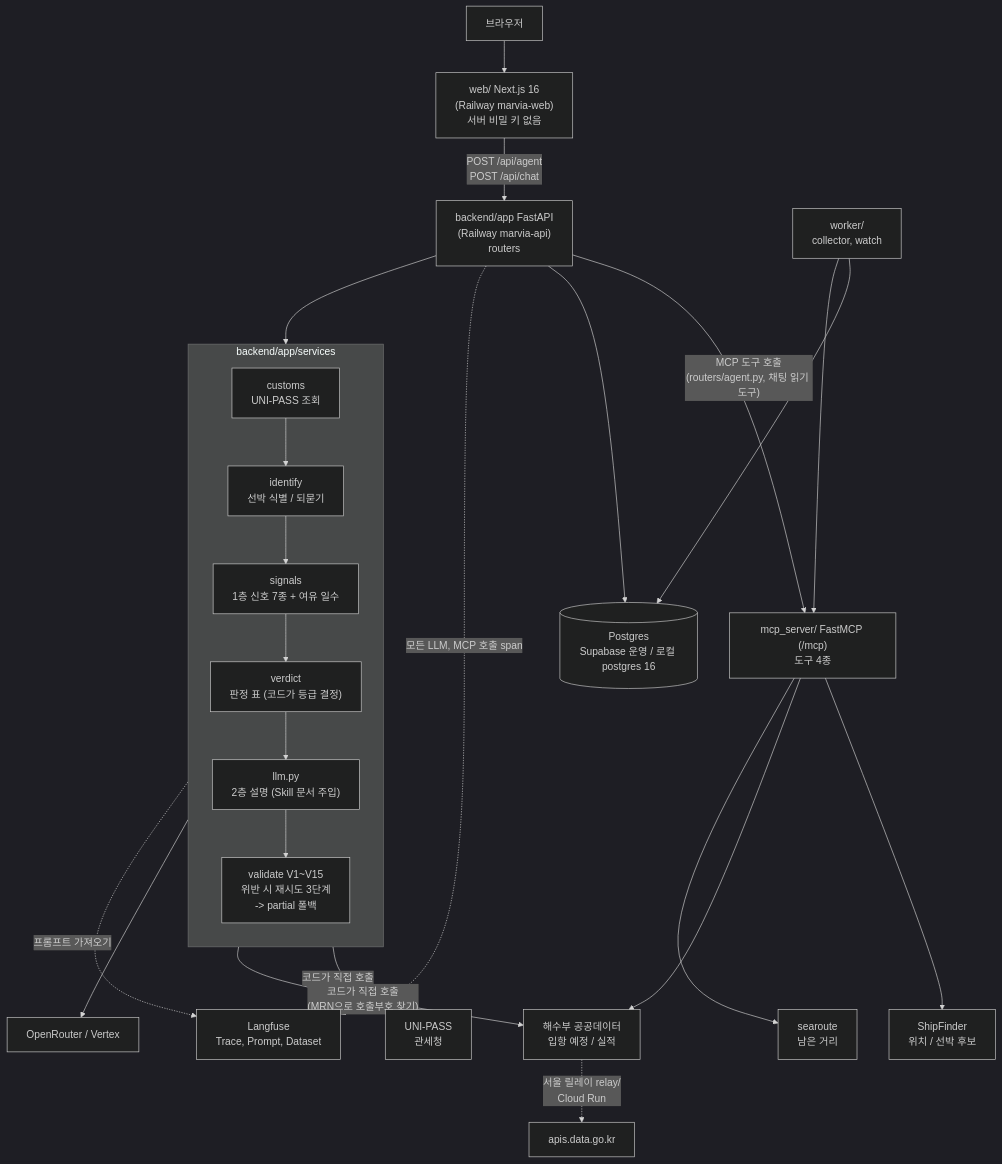
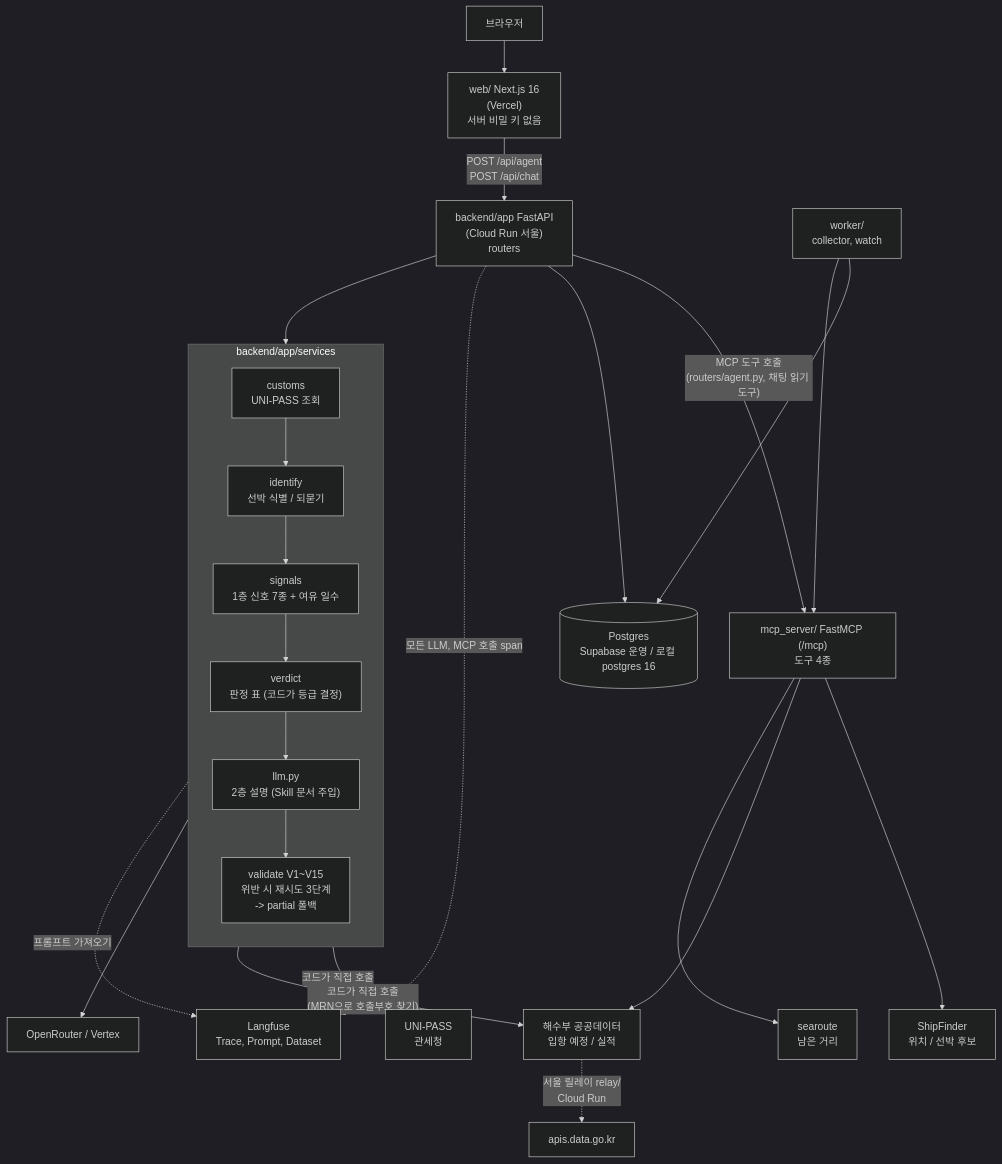
The diagram in README.md (HJU5022/Marvia), drawn with Mermaid (dark theme) before and after one commit. The commit also changed other lines of this file and 6 other files, not shown here.

First line of the commit message:
docs: README 첫 화면을 지금 배포 주소(Vercel·Cloud Run 재생 모드)로 고친다

````diff
--- a/README.md
+++ b/README.md
@@ -97,30 +98,30 @@
 ```mermaid
 flowchart TD
-    U["브라우저"] --> WEB["web/ Next.js 16<br/>(Railway marvia-web)<br/>서버 비밀 키 없음"]
-    WEB -->|"POST /api/agent<br/>POST /api/chat"| API["backend/app FastAPI<br/>(Railway marvia-api)<br/>routers"]
+    U["브라우저"] --> WEB["web/ Next.js 16<br/>(Vercel)<br/>서버 비밀 키 없음"]
+    WEB -->|"POST /api/agent<br/>POST /api/chat"| API["backend/app FastAPI<br/>(Cloud Run 서울)<br/>routers"]
 
     subgraph SVC["backend/app/services"]
         direction TB
         CUS["customs<br/>UNI-PASS 조회"] --> IDF["identify<br/>선박 식별 / 되묻기"]
         IDF --> SIG["signals<br/>1층 신호 7종 + 여유 일수"]
         SIG --> VER["verdict<br/>판정 표 (코드가 등급 결정)"]
         VER --> LLM["llm.py<br/>2층 설명 (Skill 문서 주입)"]
         LLM --> VAL["validate V1~V15<br/>위반 시 재시도 3단계<br/>-> partial 폴백"]
     end
 
     API --> SVC
     CUS -->|"코드가 직접 호출"| UNI["UNI-PASS<br/>관세청"]
     API -->|"MCP 도구 호출<br/>(routers/agent.py, 채팅 읽기 도구)"| MCP["mcp_server/ FastMCP (/mcp)<br/>도구 4종"]
     IDF -->|"코드가 직접 호출<br/>(MRN으로 호출부호 찾기)"| MOF
     MCP --> SF["ShipFinder<br/>위치 / 선박 후보"]
     MCP --> MOF["해수부 공공데이터<br/>입항 예정 / 실적"]
     MCP --> SR["searoute<br/>남은 거리"]
     MOF -.->|"서울 릴레이 relay/<br/>Cloud Run"| GOV["apis.data.go.kr"]
     LLM --> OR["OpenRouter / Vertex"]
 
     API --> DB[("Postgres<br/>Supabase 운영 / 로컬 postgres 16")]
     WRK["worker/<br/>collector, watch"] --> DB
     WRK --> MCP
     API -.->|"모든 LLM, MCP 호출 span"| LF["Langfuse<br/>Trace, Prompt, Dataset"]
     LLM -.->|"프롬프트 가져오기"| LF
 ```
````
